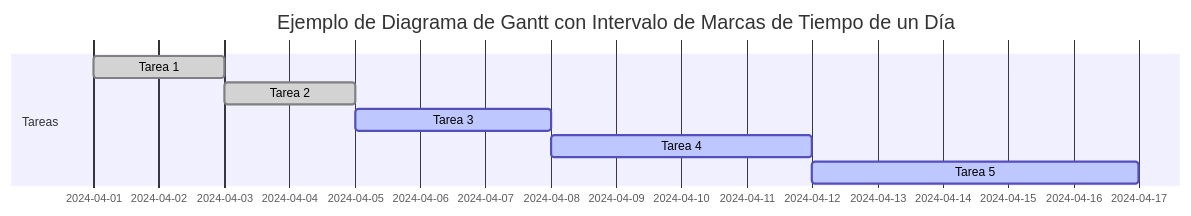
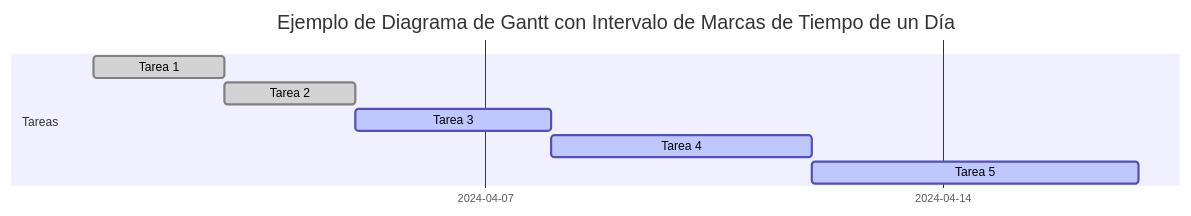
The second of 2 diagrams in README.md (marceloyuba/SDT), drawn with Mermaid before and after one commit.

````diff
--- a/README.md
+++ b/README.md
@@ -51,14 +51,14 @@
 ```mermaid
 gantt
-    tickInterval 1day
+    tickInterval 1week
     dateFormat  YYYY-MM-DD
     title       Ejemplo de Diagrama de Gantt con Intervalo de Marcas de Tiempo de un Día
 
     section Tareas
     Tarea 1      :done, task1, 2024-04-01, 2024-04-03
     Tarea 2      :done, task2, after task1, 2d
     Tarea 3      :active, task3, after task2, 3d
     Tarea 4      :active, task4, after task3, 4d
     Tarea 5      :active, task5, after task4, 5d
 
 ```
````
